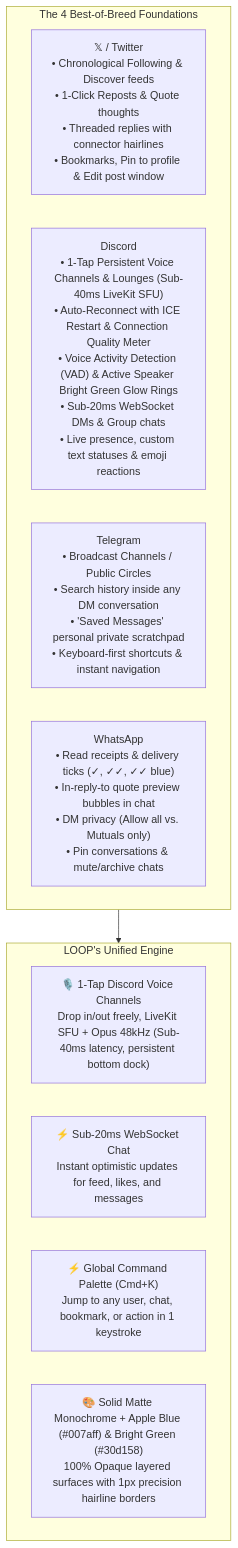
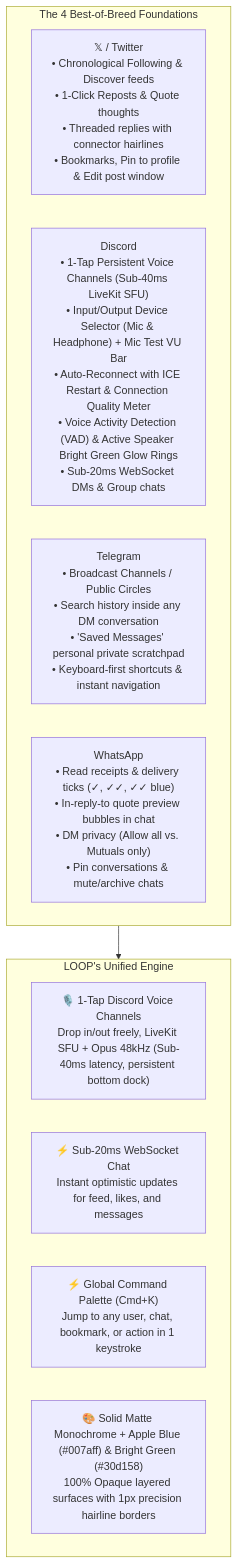
One commit to vineetkishore01/Loop changed the first of 3 diagrams in plan.md. Above: the diagram before and after it, drawn with Mermaid. The commit also changed other lines of this file and 3 other files, not shown here.

````diff
--- a/plan.md
+++ b/plan.md
@@ -9,18 +9,18 @@
 ```mermaid
 flowchart TD
     subgraph Giants ["The 4 Best-of-Breed Foundations"]
         X["𝕏 / Twitter\n• Chronological Following & Discover feeds\n• 1-Click Reposts & Quote thoughts\n• Threaded replies with connector hairlines\n• Bookmarks, Pin to profile & Edit post window"]
-        Discord["Discord\n• 1-Tap Persistent Voice Channels & Lounges (Sub-40ms LiveKit SFU)\n• Auto-Reconnect with ICE Restart & Connection Quality Meter\n• Voice Activity Detection (VAD) & Active Speaker Bright Green Glow Rings\n• Sub-20ms WebSocket DMs & Group chats\n• Live presence, custom text statuses & emoji reactions"]
+        Discord["Discord\n• 1-Tap Persistent Voice Channels (Sub-40ms LiveKit SFU)\n• Input/Output Device Selector (Mic & Headphone) + Mic Test VU Bar\n• Auto-Reconnect with ICE Restart & Connection Quality Meter\n• Voice Activity Detection (VAD) & Active Speaker Bright Green Glow Rings\n• Sub-20ms WebSocket DMs & Group chats"]
         Telegram["Telegram\n• Broadcast Channels / Public Circles\n• Search history inside any DM conversation\n• 'Saved Messages' personal private scratchpad\n• Keyboard-first shortcuts & instant navigation"]
         WhatsApp["WhatsApp\n• Read receipts & delivery ticks (✓, ✓✓, ✓✓ blue)\n• In-reply-to quote preview bubbles in chat\n• DM privacy (Allow all vs. Mutuals only)\n• Pin conversations & mute/archive chats"]
     end
 
     subgraph ProductCore ["LOOP's Unified Engine"]
         Voice["🎙️ 1-Tap Discord Voice Channels\nDrop in/out freely, LiveKit SFU + Opus 48kHz (Sub-40ms latency, persistent bottom dock)"]
         Speed["⚡ Sub-20ms WebSocket Chat\nInstant optimistic updates for feed, likes, and messages"]
         Palette["⚡ Global Command Palette (Cmd+K)\nJump to any user, chat, bookmark, or action in 1 keystroke"]
         Design["🎨 Solid Matte Monochrome + Apple Blue (#007aff) & Bright Green (#30d158)\n100% Opaque layered surfaces with 1px precision hairline borders"]
     end
 
     Giants --> ProductCore
 ```
````
